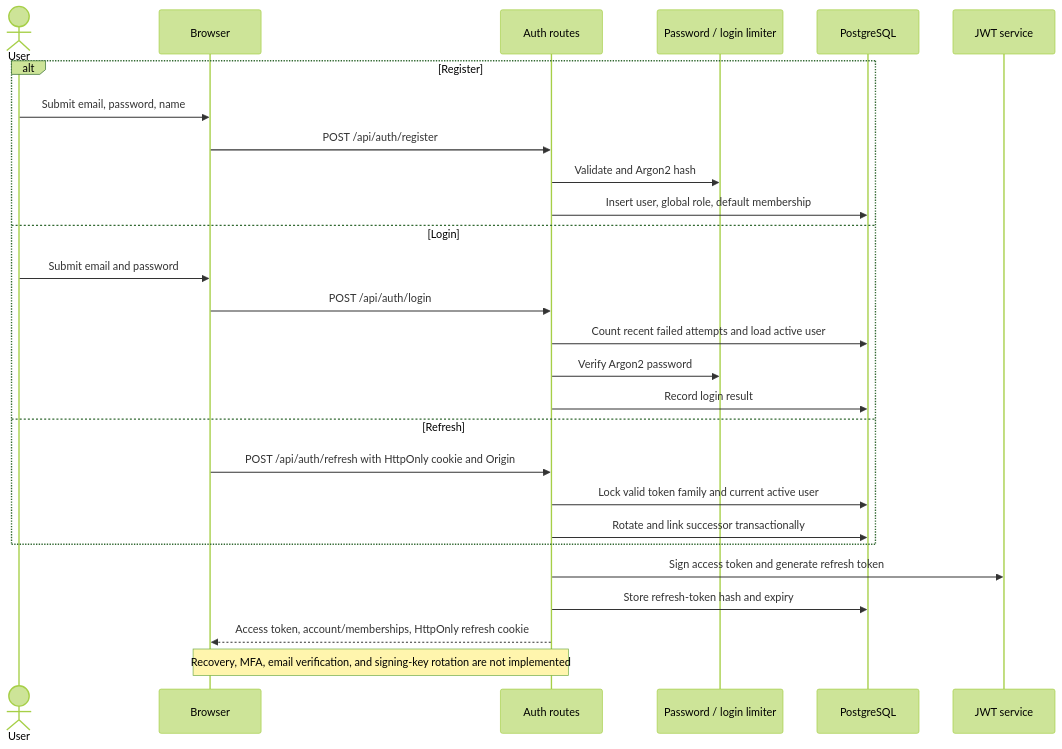
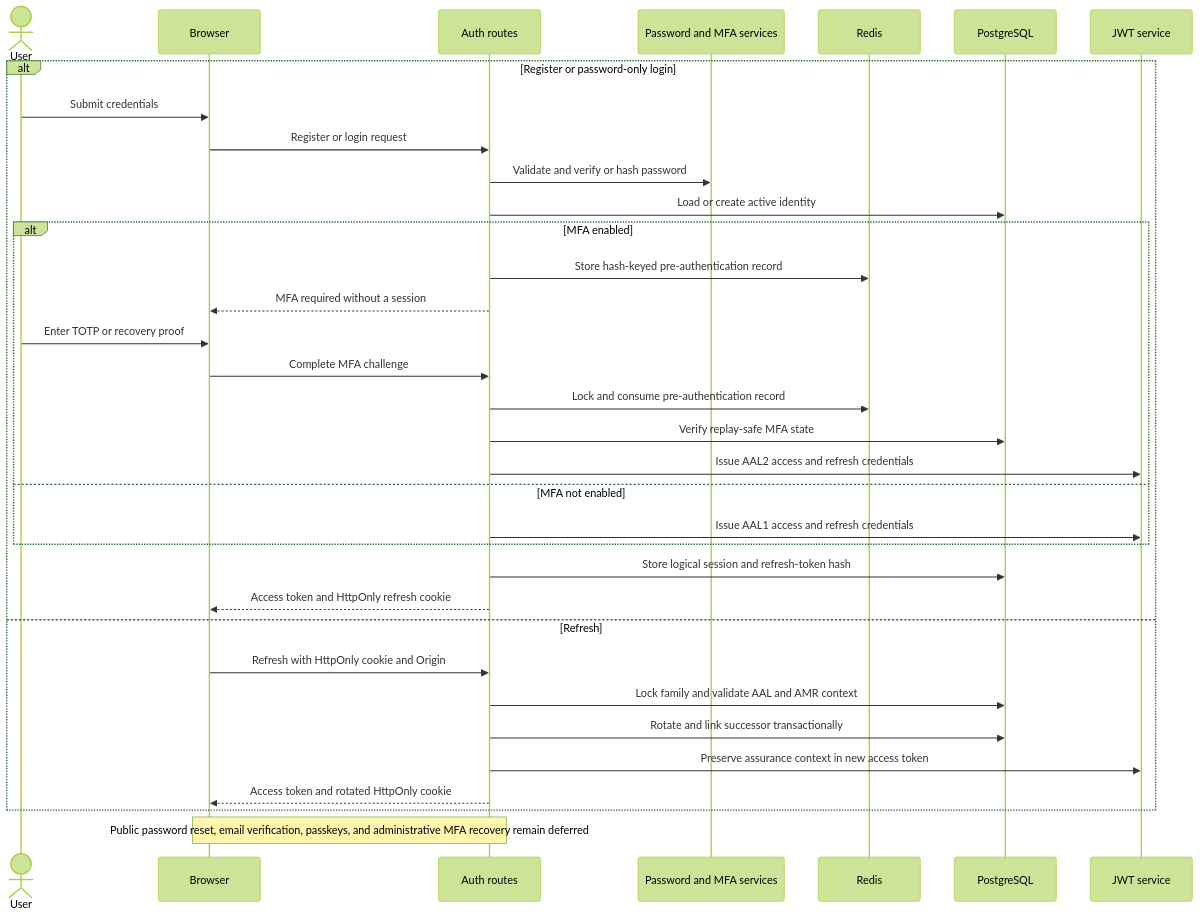
One commit to sasanzare/ZinharCMS changed the diagram in okf/security/diagrams/authentication-flow.mmd. Above: the diagram before and after it, drawn with Mermaid (forest theme). The commit also changed 47 other files, not shown here.

First line of the commit message:
security: complete phase 6 MFA, TOTP, and step-up hardening

```diff
--- a/okf/security/diagrams/authentication-flow.mmd
+++ b/okf/security/diagrams/authentication-flow.mmd
@@ -1,30 +1,37 @@
 sequenceDiagram
-  %% Evidence: backend/src/routes/auth.rs, services/password.rs, services/jwt.rs, services/security.rs
+  %% Evidence: backend/src/routes/auth.rs, services/password.rs, services/jwt.rs, services/sessions.rs, services/mfa_accounts.rs, services/mfa_challenges.rs
   actor User
   participant Browser
   participant Auth as Auth routes
-  participant Security as Password / login limiter
+  participant Security as Password and MFA services
+  participant Redis
   participant DB as PostgreSQL
   participant JWT as JWT service
 
-  alt Register
-    User->>Browser: Submit email, password, name
-    Browser->>Auth: POST /api/auth/register
-    Auth->>Security: Validate and Argon2 hash
-    Auth->>DB: Insert user, global role, default membership
-  else Login
-    User->>Browser: Submit email and password
-    Browser->>Auth: POST /api/auth/login
-    Auth->>DB: Count recent failed attempts and load active user
-    Auth->>Security: Verify Argon2 password
-    Auth->>DB: Record login result
+  alt Register or password-only login
+    User->>Browser: Submit credentials
+    Browser->>Auth: Register or login request
+    Auth->>Security: Validate and verify or hash password
+    Auth->>DB: Load or create active identity
+    alt MFA enabled
+      Auth->>Redis: Store hash-keyed pre-authentication record
+      Auth-->>Browser: MFA required without a session
+      User->>Browser: Enter TOTP or recovery proof
+      Browser->>Auth: Complete MFA challenge
+      Auth->>Redis: Lock and consume pre-authentication record
+      Auth->>DB: Verify replay-safe MFA state
+      Auth->>JWT: Issue AAL2 access and refresh credentials
+    else MFA not enabled
+      Auth->>JWT: Issue AAL1 access and refresh credentials
+    end
+    Auth->>DB: Store logical session and refresh-token hash
+    Auth-->>Browser: Access token and HttpOnly refresh cookie
   else Refresh
-    Browser->>Auth: POST /api/auth/refresh with HttpOnly cookie and Origin
-    Auth->>DB: Lock valid token family and current active user
+    Browser->>Auth: Refresh with HttpOnly cookie and Origin
+    Auth->>DB: Lock family and validate AAL and AMR context
     Auth->>DB: Rotate and link successor transactionally
+    Auth->>JWT: Preserve assurance context in new access token
+    Auth-->>Browser: Access token and rotated HttpOnly cookie
   end
 
-  Auth->>JWT: Sign access token and generate refresh token
-  Auth->>DB: Store refresh-token hash and expiry
-  Auth-->>Browser: Access token, account/memberships, HttpOnly refresh cookie
-  Note over Browser,Auth: Recovery, MFA, email verification, and signing-key rotation are not implemented
+  Note over Browser,Auth: Public password reset, email verification, passkeys, and administrative MFA recovery remain deferred
```
